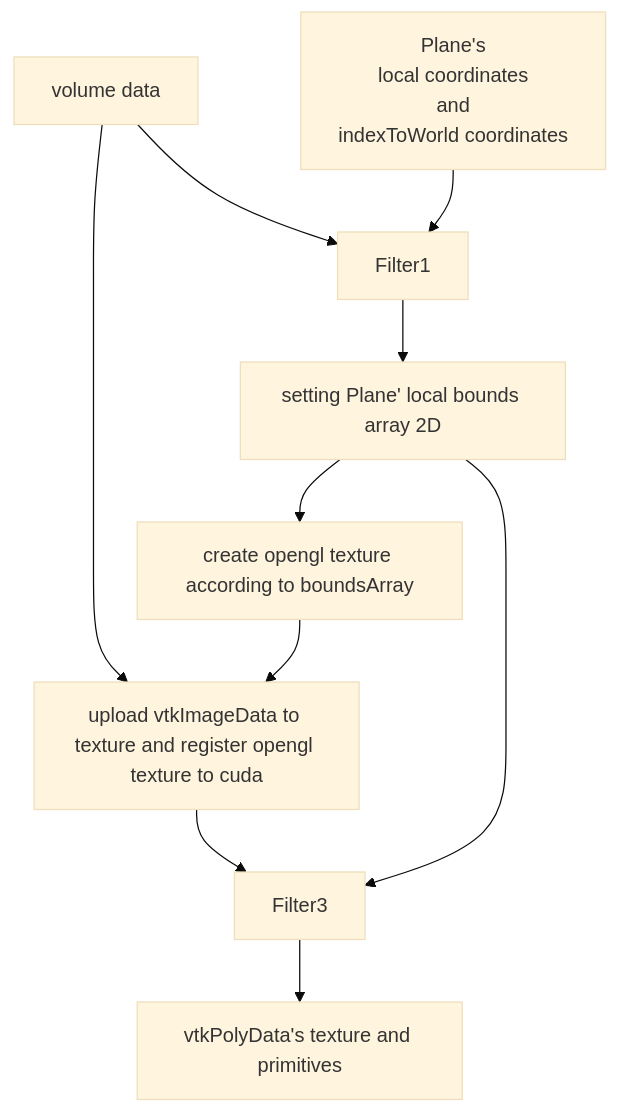
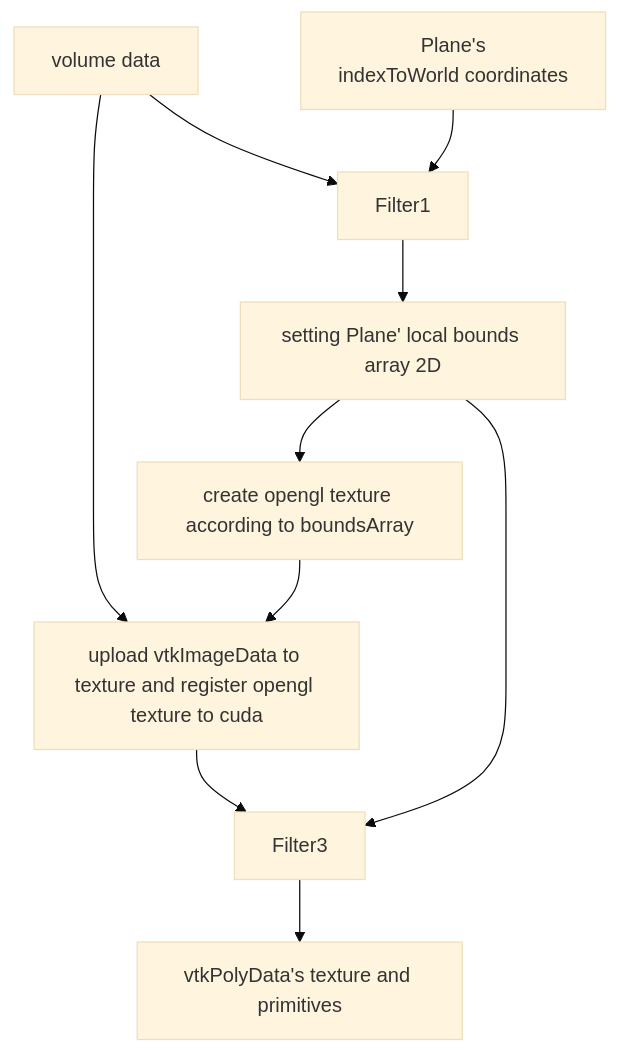
The diagram in doc/尝试将cuda slice集成到vtk中.md (cracknum/OViewer), drawn with Mermaid (base theme) before and after one commit. The commit also changed 4 other files, not shown here.

````diff
--- a/doc/尝试将cuda slice集成到vtk中.md
+++ b/doc/尝试将cuda slice集成到vtk中.md
@@ -7,13 +7,14 @@
 ```mermaid
 graph TD
 vtkImageData["volume data"] --> Filter1 
 %% Filter1: PlaneLocalBoundsFilter
-Plane["Plane's <br> local coordinates <br> and  <br> indexToWorld coordinates"] --> Filter1
+Plane["Plane's <br> indexToWorld coordinates"] --> Filter1
 Filter1 --> boundsArray["setting Plane' local bounds array 2D"]
 vtkImageData --> Filter2["upload vtkImageData to texture and register opengl texture to cuda"]
+%% Filter2: TextureRegisterFilter
 boundsArray--> createOpenGLTexture["create opengl texture according to boundsArray"]
 createOpenGLTexture --> Filter2
 Filter2 --> Filter3
 boundsArray --> Filter3
 Filter3 --> vtkPolyData["vtkPolyData's texture and primitives"]
 ```
````
